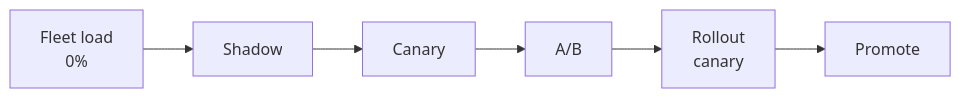
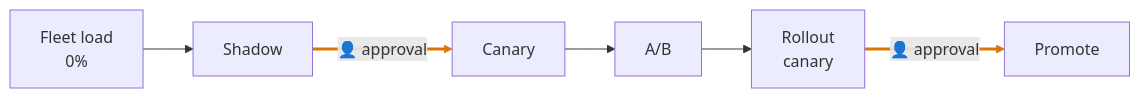
The sixth of 9 diagrams in reports/2026-10-20-ml-offline-design-present/slides.md (cunha-sigma/ml_offline), drawn with Mermaid before and after one commit. The commit also changed other lines of this file and 1 other file, not shown here.

````diff
--- a/reports/2026-10-20-ml-offline-design-present/slides.md
+++ b/reports/2026-10-20-ml-offline-design-present/slides.md
@@ -291,4 +322,9 @@
 ```mermaid
 flowchart LR
-  FL["Fleet load<br/>0%"] --> SH["Shadow"] --> CN["Canary"] --> AB["A/B"] --> RC["Rollout<br/>canary"] --> PR["Promote"]
+  FL["Fleet load<br/>0%"] --> SH["Shadow"]
+  SH -- "👤 approval" --> CN["Canary"]
+  CN --> AB["A/B"]
+  AB --> RC["Rollout<br/>canary"]
+  RC -- "👤 approval" --> PR["Promote"]
+  linkStyle 1,4 stroke:#d97706,stroke-width:3px
 ```
````
